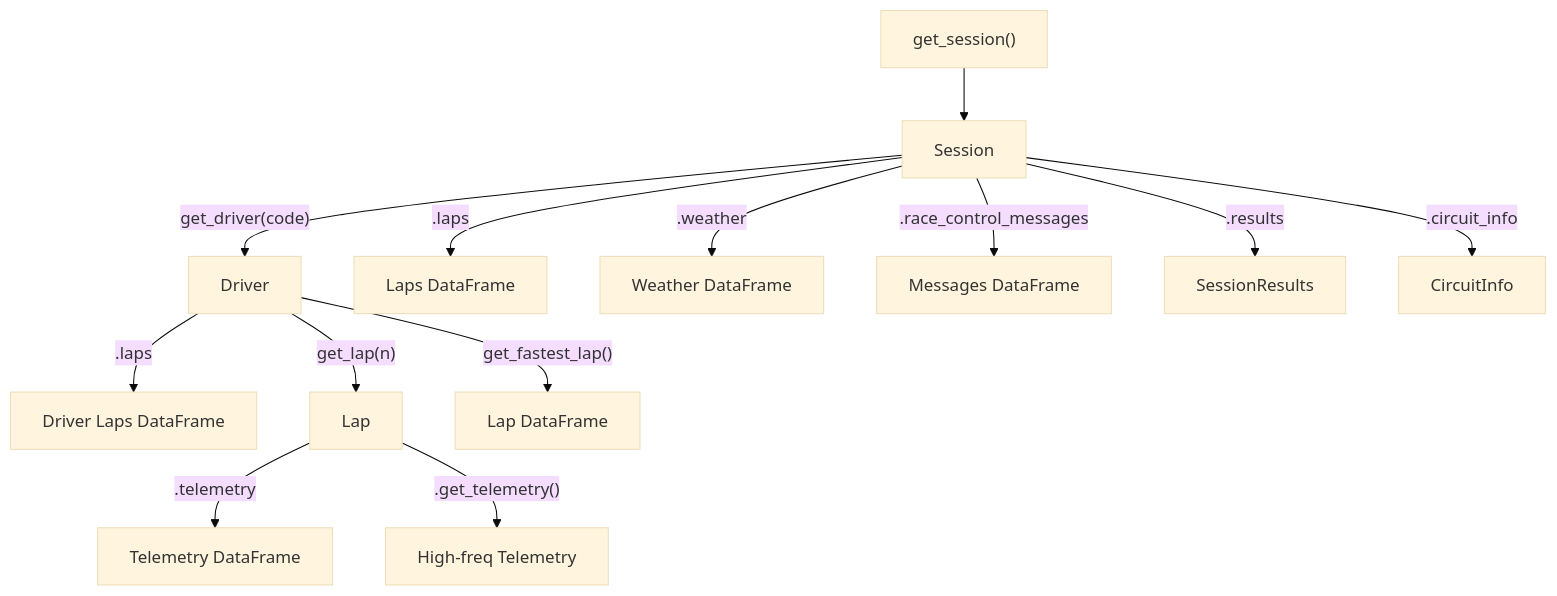
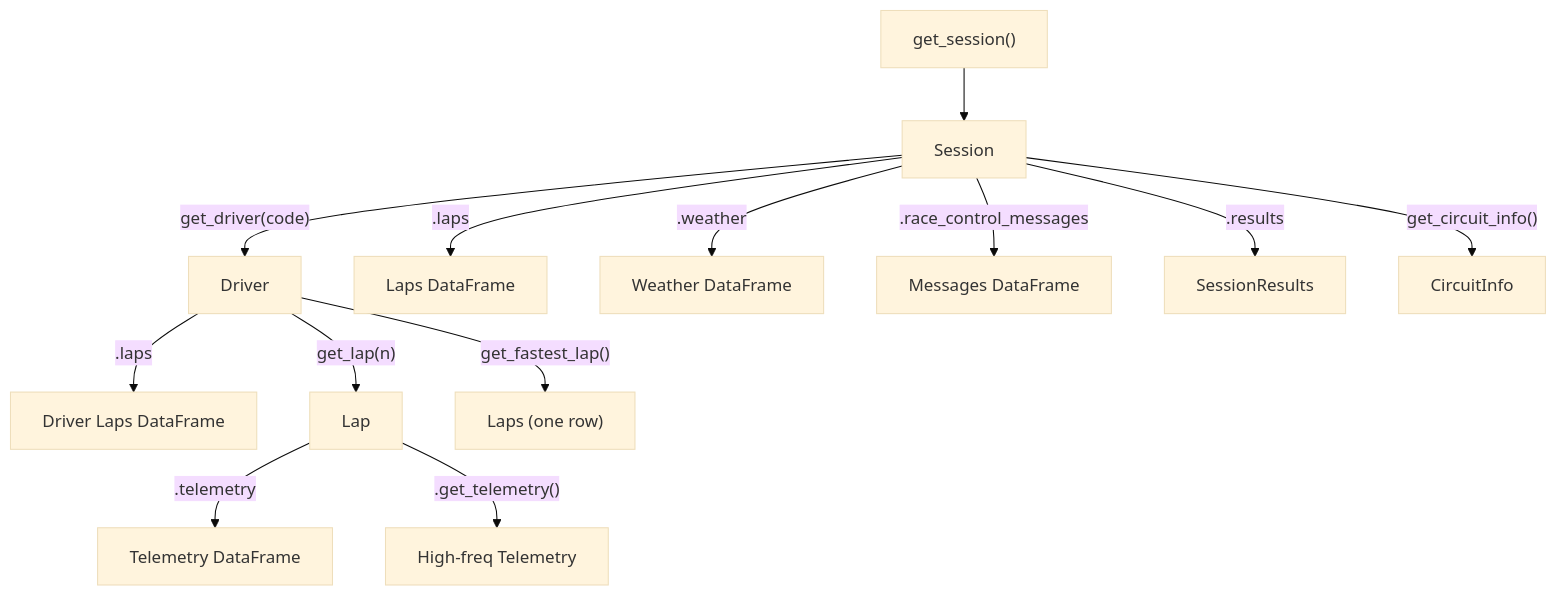
One commit to TracingInsights/tif1 changed the diagram in docs/api-reference/overview.mdx. Above: the diagram before and after it, drawn with Mermaid (base theme). The commit also changed other lines of this file and 112 other files, not shown here.

````diff
--- a/docs/api-reference/overview.mdx
+++ b/docs/api-reference/overview.mdx
@@ -914,15 +916,15 @@
 ```mermaid
 graph TD
     get_session["get_session()"] --> Session
     Session --> |"get_driver(code)"| Driver
     Session --> |".laps"| Laps["Laps DataFrame"]
     Session --> |".weather"| Weather["Weather DataFrame"]
     Session --> |".race_control_messages"| Messages["Messages DataFrame"]
     Session --> |".results"| Results["SessionResults"]
-    Session --> |".circuit_info"| Circuit["CircuitInfo"]
+    Session --> |"get_circuit_info()"| Circuit["CircuitInfo"]
     Driver --> |".laps"| DrvLaps["Driver Laps DataFrame"]
     Driver --> |"get_lap(n)"| Lap
-    Driver --> |"get_fastest_lap()"| FastestLap["Lap DataFrame"]
+    Driver --> |"get_fastest_lap()"| FastestLap["Laps (one row)"]
     Lap --> |".telemetry"| Telemetry["Telemetry DataFrame"]
     Lap --> |".get_telemetry()"| TelData["High-freq Telemetry"]
 ```
````
